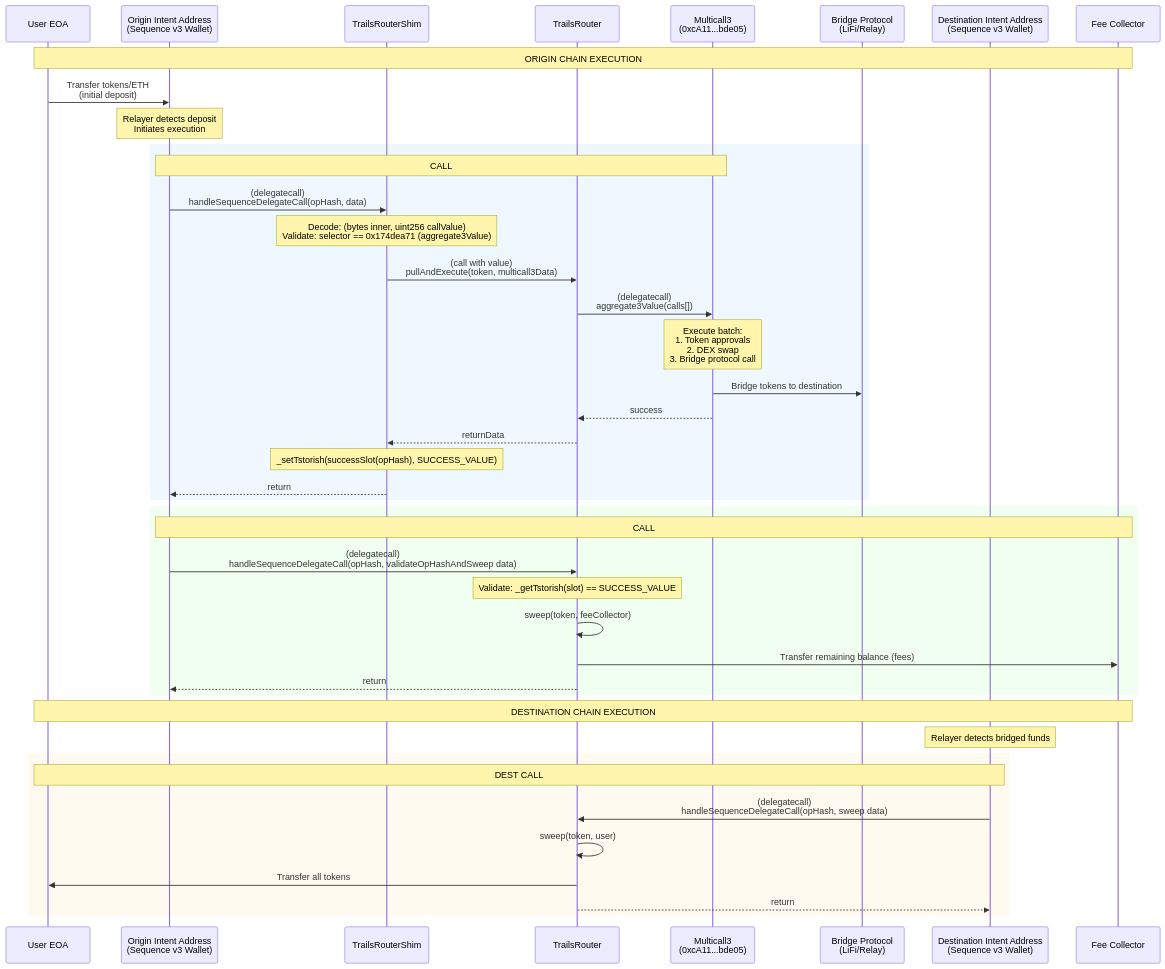
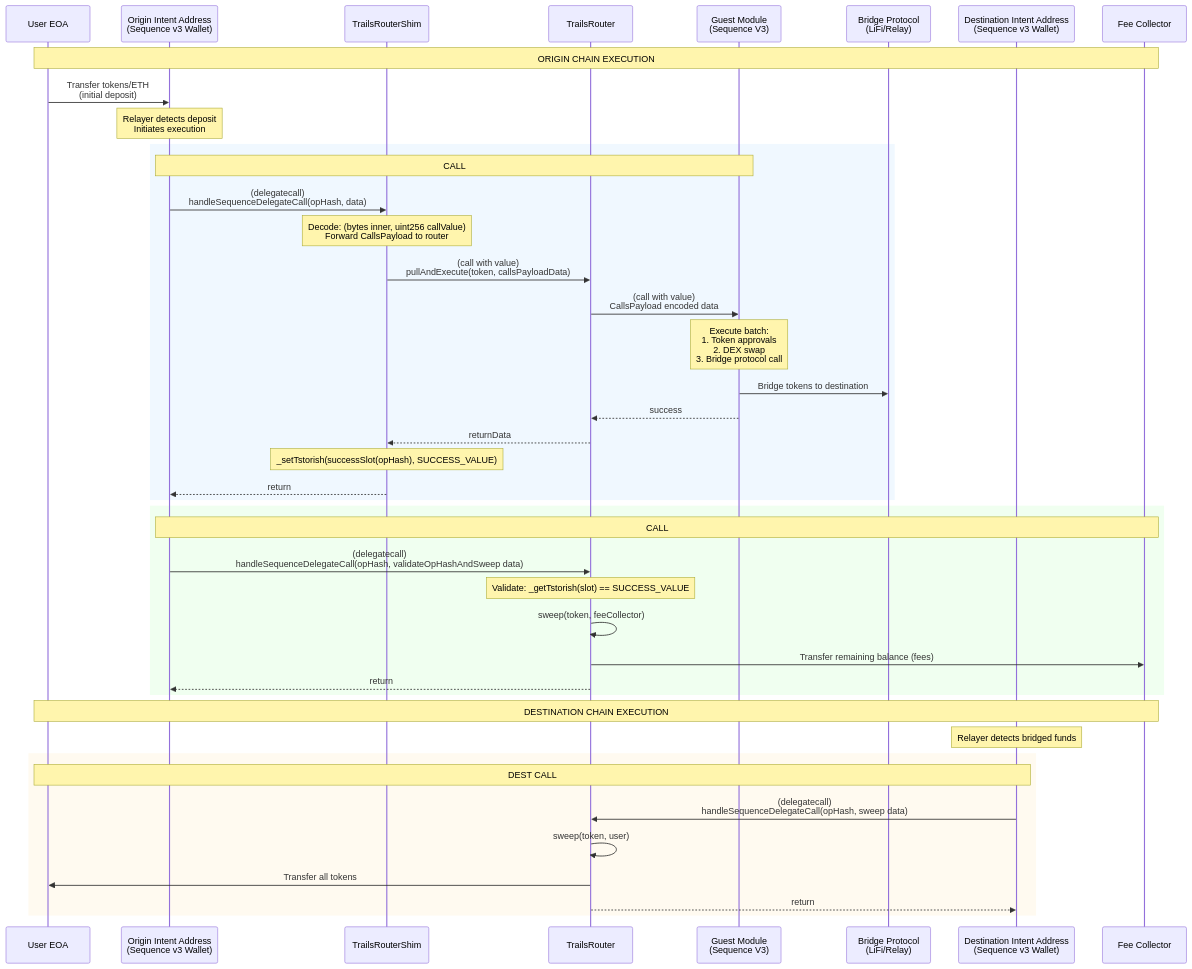
One commit to 0xsequence/trails-contracts changed the first of 6 diagrams in docs/FLOW.md. Above: the diagram before and after it, drawn with Mermaid. The commit also changed other lines of this file and 7 other files, not shown here.

First line of the commit message:
Refactor TrailsRouter and related documentation to fully integrate Sequence V3 CallsPayload format

````diff
--- a/docs/FLOW.md
+++ b/docs/FLOW.md
@@ -26,52 +26,52 @@
 ```mermaid
 sequenceDiagram
     participant User as User EOA
     participant OriginIntent as Origin Intent Address<br/>(Sequence v3 Wallet)
     participant Shim as TrailsRouterShim
     participant Router as TrailsRouter
-    participant MC3 as Multicall3<br/>(0xcA11...bde05)
+    participant Guest as Guest Module<br/>(Sequence V3)
     participant Bridge as Bridge Protocol<br/>(LiFi/Relay)
     participant DestIntent as Destination Intent Address<br/>(Sequence v3 Wallet)
     participant FeeCollector as Fee Collector
 
     Note over User,FeeCollector: ORIGIN CHAIN EXECUTION
 
     User->>OriginIntent: Transfer tokens/ETH<br/>(initial deposit)
 
     Note over OriginIntent: Relayer detects deposit<br/>Initiates execution
 
     rect rgb(240, 248, 255)
-        Note over OriginIntent,MC3: CALL #1 - Origin Swap & Bridge
+        Note over OriginIntent,Guest: CALL #1 - Origin Swap & Bridge
         OriginIntent->>Shim: (delegatecall)<br/>handleSequenceDelegateCall(opHash, data)
-        Note over Shim: Decode: (bytes inner, uint256 callValue)<br/>Validate: selector == 0x174dea71 (aggregate3Value)
-        Shim->>Router: (call with value)<br/>pullAndExecute(token, multicall3Data)
-        Router->>MC3: (delegatecall)<br/>aggregate3Value(calls[])
-        Note over MC3: Execute batch:<br/>1. Token approvals<br/>2. DEX swap<br/>3. Bridge protocol call
-        MC3->>Bridge: Bridge tokens to destination
-        MC3-->>Router: success
+        Note over Shim: Decode: (bytes inner, uint256 callValue)<br/>Forward CallsPayload to router
+        Shim->>Router: (call with value)<br/>pullAndExecute(token, callsPayloadData)
+        Router->>Guest: (call with value)<br/>CallsPayload encoded data
+        Note over Guest: Execute batch:<br/>1. Token approvals<br/>2. DEX swap<br/>3. Bridge protocol call
+        Guest->>Bridge: Bridge tokens to destination
+        Guest-->>Router: success
         Router-->>Shim: returnData
         Note over Shim: _setTstorish(successSlot(opHash), SUCCESS_VALUE)
         Shim-->>OriginIntent: return
     end
 
     rect rgb(240, 255, 240)
         Note over OriginIntent,FeeCollector: CALL #2 - Fee Collection (Success Path)
         OriginIntent->>Router: (delegatecall)<br/>handleSequenceDelegateCall(opHash, validateOpHashAndSweep data)
         Note over Router: Validate: _getTstorish(slot) == SUCCESS_VALUE
         Router->>Router: sweep(token, feeCollector)
         Router->>FeeCollector: Transfer remaining balance (fees)
         Router-->>OriginIntent: return
     end
 
     Note over User,FeeCollector: DESTINATION CHAIN EXECUTION
 
     Note over DestIntent: Relayer detects bridged funds
 
     rect rgb(255, 250, 240)
         Note over DestIntent,User: DEST CALL #1 - Sweep to User
         DestIntent->>Router: (delegatecall)<br/>handleSequenceDelegateCall(opHash, sweep data)
         Router->>Router: sweep(token, user)
         Router->>User: Transfer all tokens
         Router-->>DestIntent: return
     end
 ```
````
